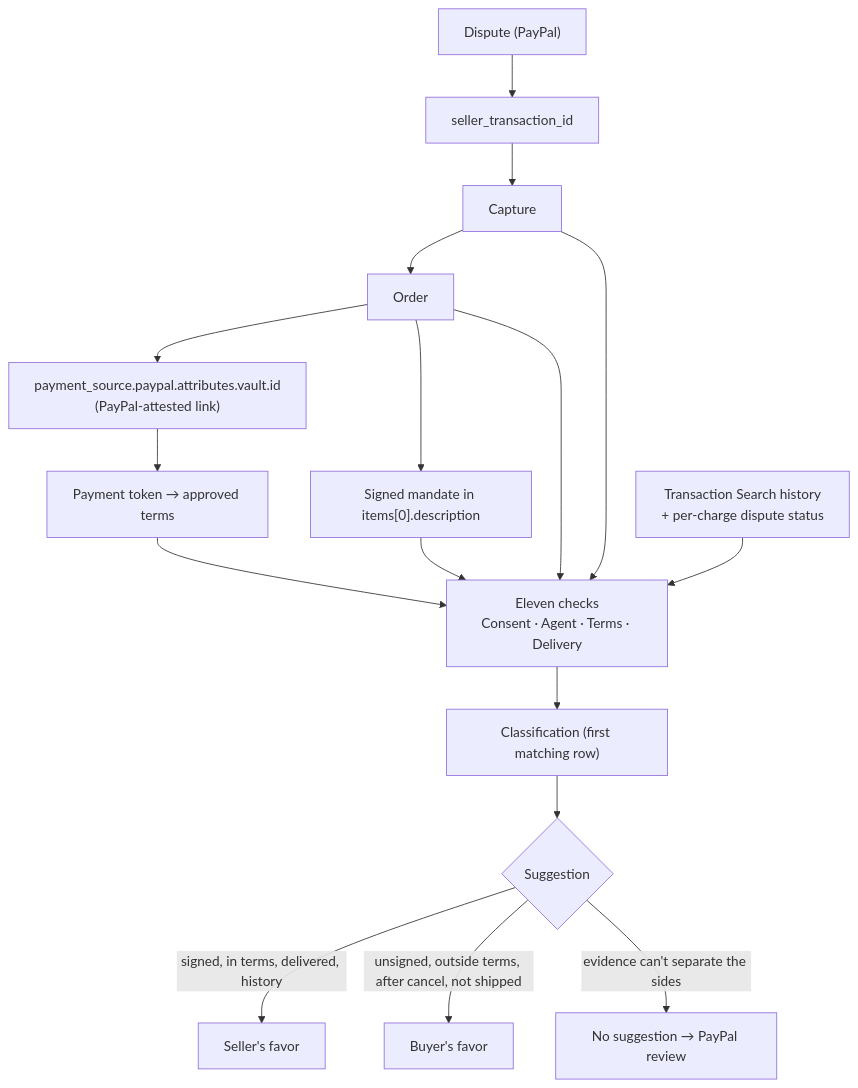
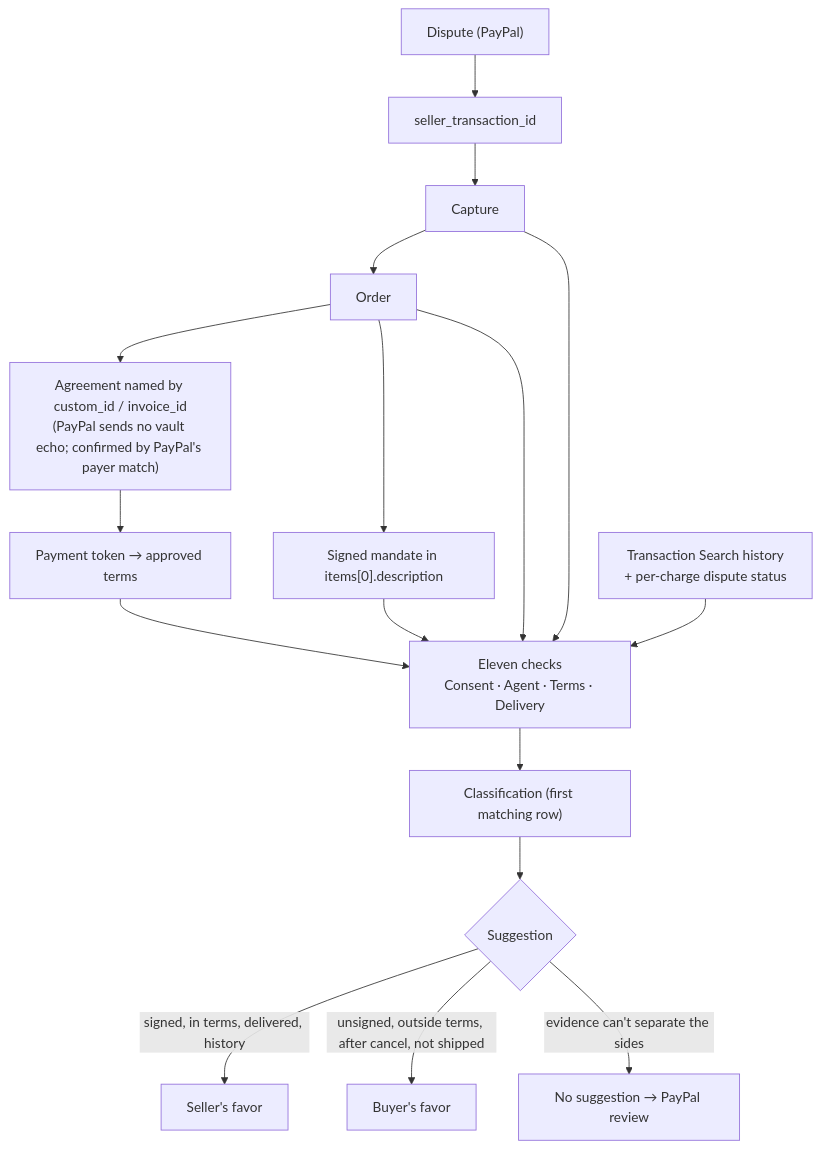
The third of 3 diagrams in docs/ARCHITECTURE.md (drcano/readback), drawn with Mermaid before and after one commit. The commit also changed other lines of this file and 8 other files, not shown here.

First line of the commit message:
docs: match the spike: no vault echo, RECURRING_PREPAID, fingerprint in the plan name

````diff
--- a/docs/ARCHITECTURE.md
+++ b/docs/ARCHITECTURE.md
@@ -57,12 +57,12 @@
 ```mermaid
 flowchart TD
   D["Dispute (PayPal)"] --> S["seller_transaction_id"] --> C["Capture"] --> O["Order"]
-  O --> V["payment_source.paypal.attributes.vault.id<br/>(PayPal-attested link)"] --> T["Payment token → approved terms"]
+  O --> V["Agreement named by custom_id / invoice_id<br/>(PayPal sends no vault echo; confirmed by PayPal's payer match)"] --> T["Payment token → approved terms"]
   O --> J["Signed mandate in items[0].description"]
   T & J & O & C --> K["Eleven checks<br/>Consent · Agent · Terms · Delivery"]
   H["Transaction Search history<br/>+ per-charge dispute status"] --> K
   K --> X["Classification (first matching row)"] --> Y{"Suggestion"}
   Y -->|"signed, in terms, delivered, history"| SF["Seller's favor"]
   Y -->|"unsigned, outside terms, after cancel, not shipped"| BF["Buyer's favor"]
   Y -->|"evidence can't separate the sides"| N["No suggestion → PayPal review"]
 ```
````
